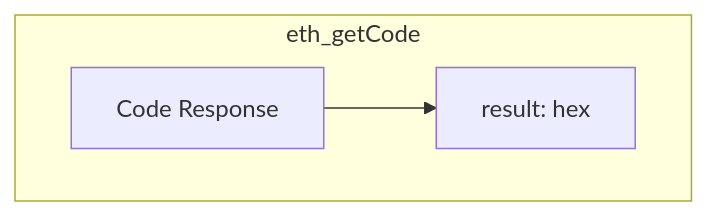
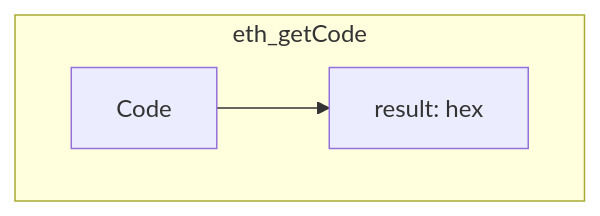
The diagram in models/layer_1_brz/eth_getCode.md (mportdata/evm-data-model), drawn with Mermaid before and after one commit. The commit also changed 49 other files, not shown here.

````diff
--- a/models/layer_1_brz/eth_getCode.md
+++ b/models/layer_1_brz/eth_getCode.md
@@ -1,6 +1,6 @@
 ```mermaid
 graph TD
     subgraph eth_getCode
-        Code[Code Response] --> CodeVal[result: hex]
+        Code[Code] --> CodeVal[result: hex]
     end
 ```
````
